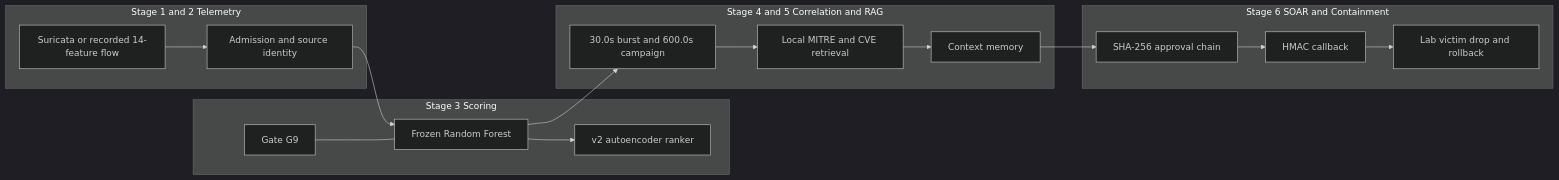
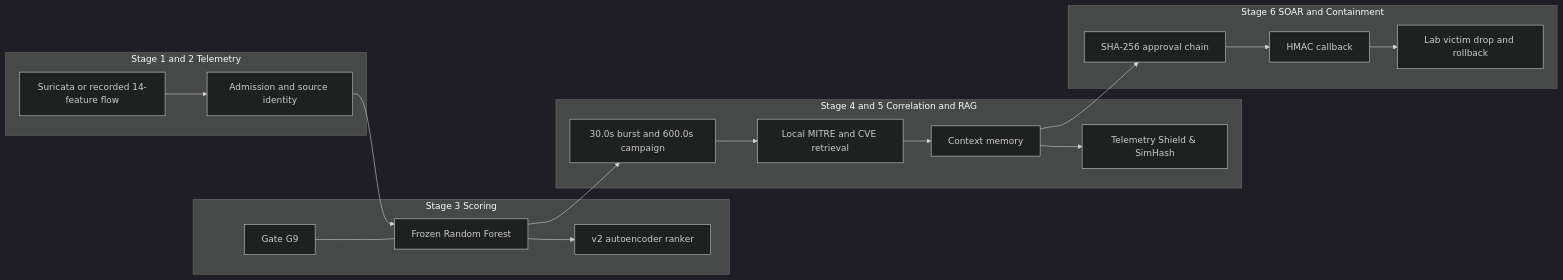
Before and after one commit to bilaldevsec/Threatfusion: the diagram in README.md, drawn with Mermaid (dark theme). The commit also changed other lines of this file and 4 other files, not shown here.

````diff
--- a/README.md
+++ b/README.md
@@ -71,27 +76,28 @@
 ```mermaid
 flowchart LR
   subgraph stage12 [Stage 1 and 2 Telemetry]
     sensor[Suricata or recorded 14-feature flow]
     mtls[Admission and source identity]
   end
   subgraph stage3 [Stage 3 Scoring]
     forest[Frozen Random Forest]
     gate[Gate G9]
     ae[v2 autoencoder ranker]
   end
   subgraph stage45 [Stage 4 and 5 Correlation and RAG]
     stitch["30.0s burst and 600.0s campaign"]
     rag[Local MITRE and CVE retrieval]
     memory[Context memory]
+    shield[Telemetry Shield & SimHash]
   end
   subgraph stage6 [Stage 6 SOAR and Containment]
     chain[SHA-256 approval chain]
     callback[HMAC callback]
     lab[Lab victim drop and rollback]
   end
   sensor --> mtls --> forest
   gate --- forest
   forest --> ae
-  forest --> stitch --> rag --> memory
+  forest --> stitch --> rag --> memory --> shield
   memory --> chain --> callback --> lab
 ```
````
